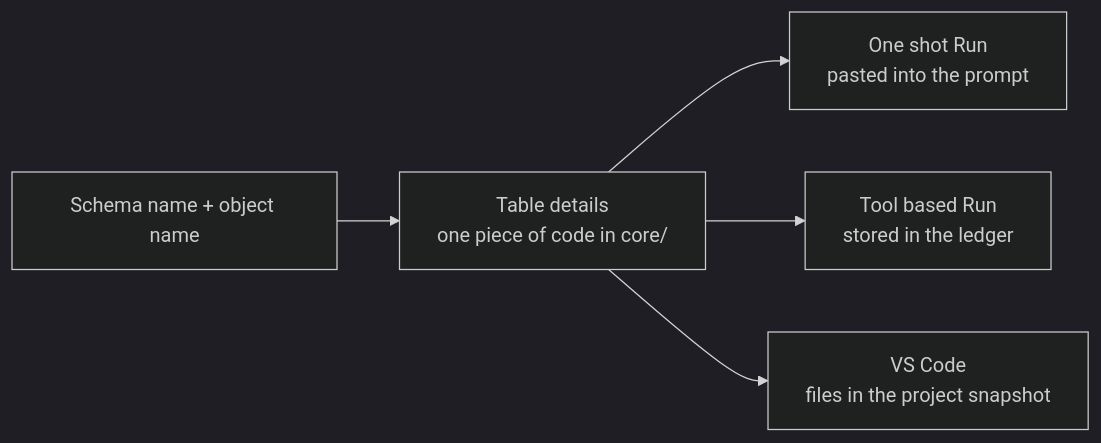
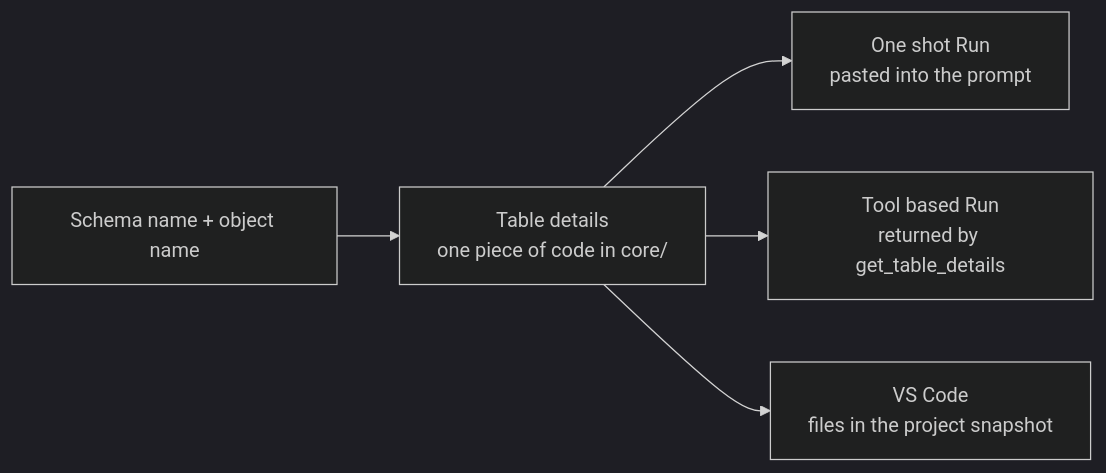
The diagram in design/shared/table-details.md (maazuddinmohammed/gds_workbench_v3), drawn with Mermaid (dark theme) before and after one commit. The commit also changed other lines of this file and 43 other files, not shown here.

````diff
--- a/design/shared/table-details.md
+++ b/design/shared/table-details.md
@@ -7,7 +7,7 @@
 ```mermaid
 flowchart LR
     ASK["Schema name + object name"] --> CODE["Table details<br/>one piece of code in core/"]
     CODE --> ONE["One shot Run<br/>pasted into the prompt"]
-    CODE --> LEDGER["Tool based Run<br/>stored in the ledger"]
+    CODE --> LEDGER["Tool based Run<br/>returned by get_table_details"]
     CODE --> MCP["VS Code<br/>files in the project snapshot"]
 ```
````
